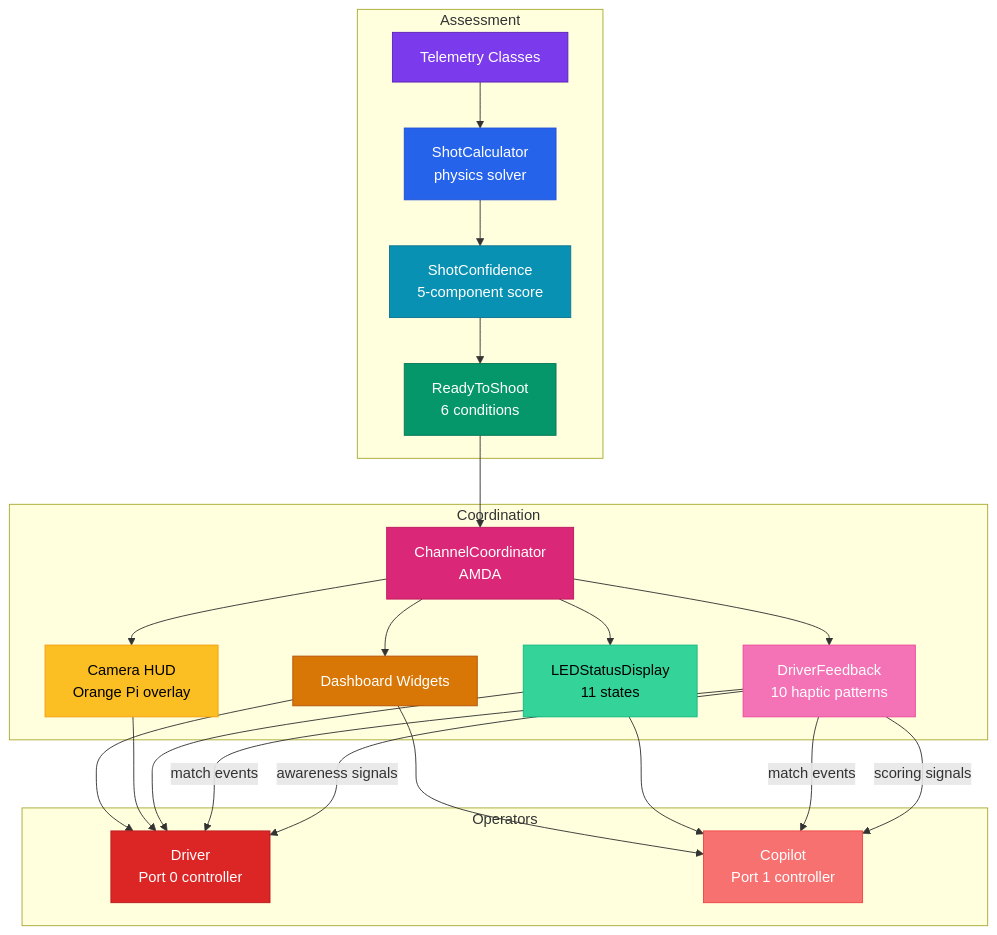
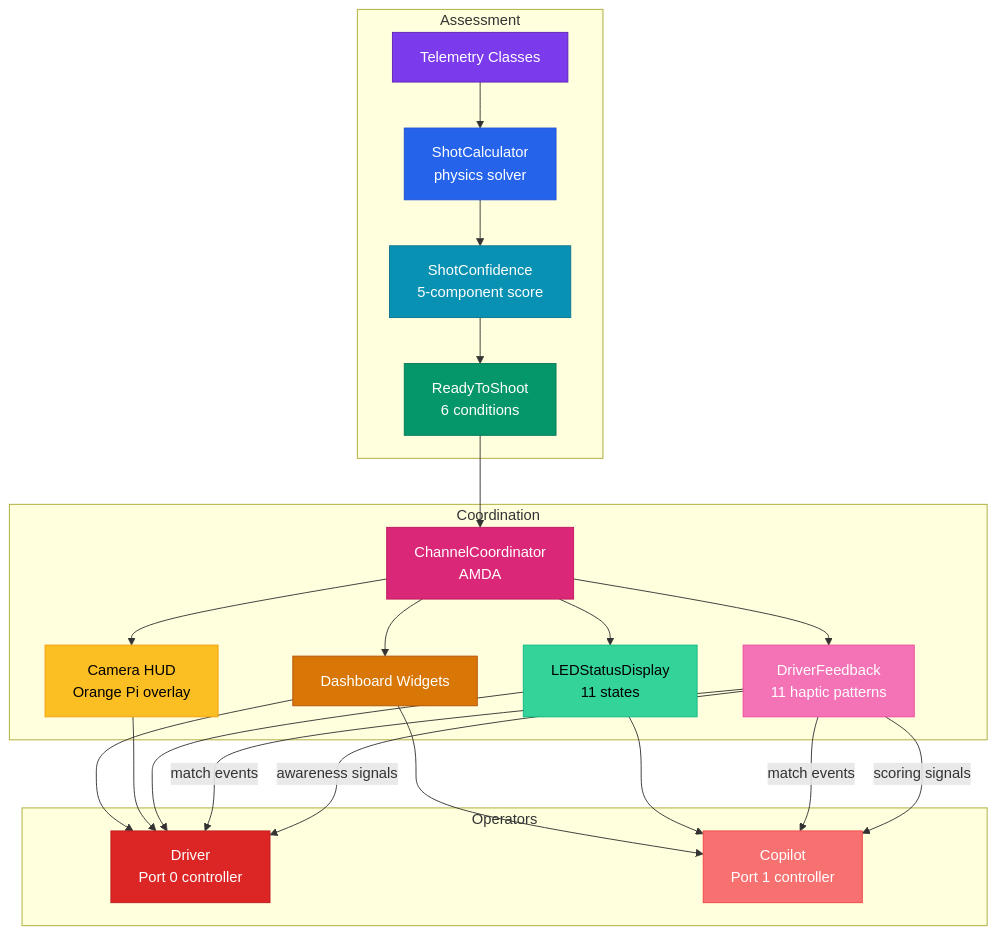
One commit to eeveemara/frc5962-2026-docs changed the second of 3 diagrams in docs/architecture/system-overview.md. Above: the diagram before and after it, drawn with Mermaid. The commit also changed 1 other file, not shown here.

Commit message:
docs: update haptic patterns for AUTO_WON/AUTO_LOST replacing TELEOP_START

````diff
--- a/docs/architecture/system-overview.md
+++ b/docs/architecture/system-overview.md
@@ -64,44 +64,44 @@
 ```mermaid
 flowchart TB
     subgraph Assessment
         TEL[Telemetry Classes]
         SC[ShotCalculator<br/>physics solver]
         CONF[ShotConfidence<br/>5-component score]
         RTS[ReadyToShoot<br/>6 conditions]
     end
 
     subgraph Coordination
         CC[ChannelCoordinator<br/>AMDA]
-        DF[DriverFeedback<br/>10 haptic patterns]
+        DF[DriverFeedback<br/>11 haptic patterns]
         LED[LEDStatusDisplay<br/>11 states]
         HUD[Camera HUD<br/>Orange Pi overlay]
         DASH[Dashboard Widgets]
     end
 
     subgraph Operators
         DRIVER[Driver<br/>Port 0 controller]
         COPILOT[Copilot<br/>Port 1 controller]
     end
 
     TEL --> SC --> CONF --> RTS
     RTS --> CC
     CC --> DF & LED & HUD & DASH
     DF -->|awareness signals| DRIVER
     DF -->|scoring signals| COPILOT
     DF -->|match events| DRIVER & COPILOT
     LED --> DRIVER & COPILOT
     HUD --> DRIVER
     DASH --> DRIVER & COPILOT
 
     style TEL fill:#7c3aed,stroke:#5b21b6,color:#fff
     style SC fill:#2563eb,stroke:#1d4ed8,color:#fff
     style CONF fill:#0891b2,stroke:#0e7490,color:#fff
     style RTS fill:#059669,stroke:#047857,color:#fff
     style CC fill:#db2777,stroke:#be185d,color:#fff
     style DF fill:#f472b6,stroke:#ec4899,color:#fff
     style LED fill:#34d399,stroke:#10b981,color:#000
     style HUD fill:#fbbf24,stroke:#f59e0b,color:#000
     style DASH fill:#d97706,stroke:#b45309,color:#fff
     style DRIVER fill:#dc2626,stroke:#b91c1c,color:#fff
     style COPILOT fill:#f87171,stroke:#ef4444,color:#fff
 ```
````
